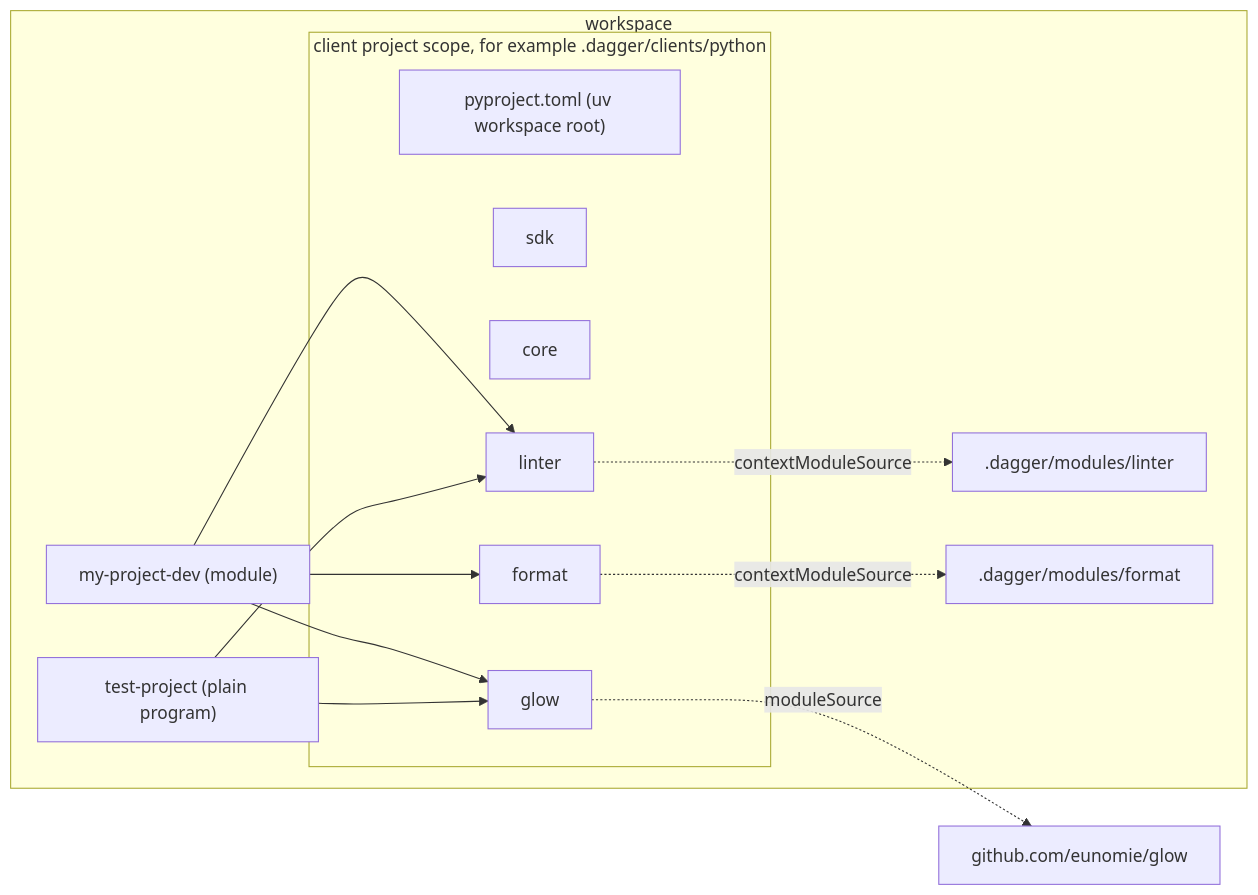
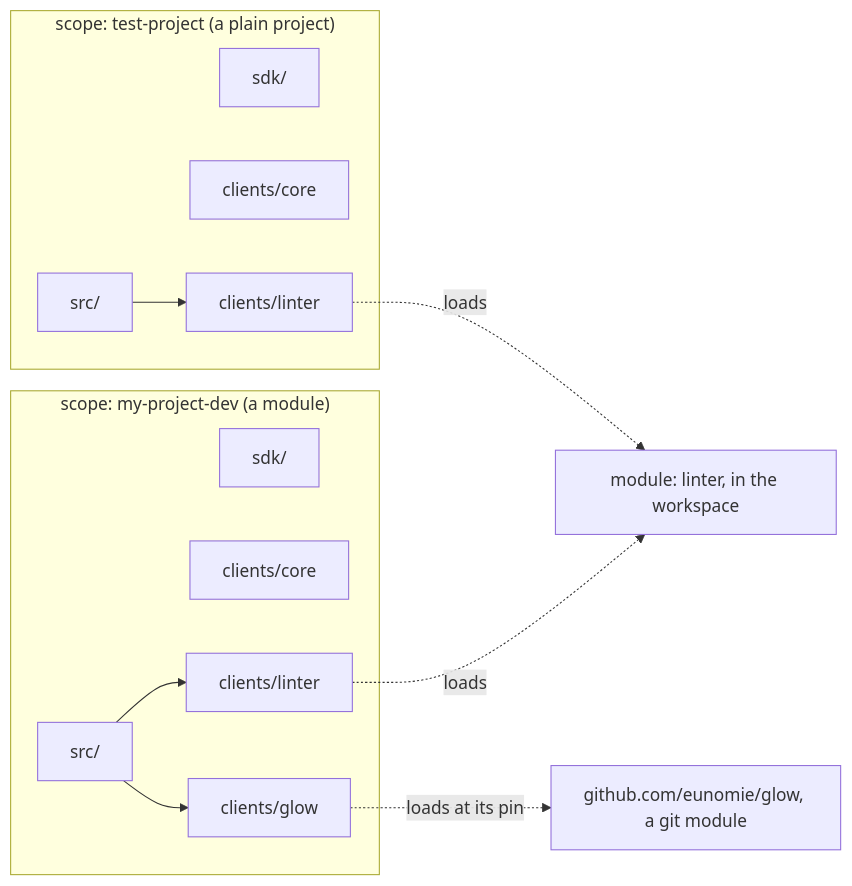
The second of 2 diagrams in hack/designs/2026-09-15-unified-clients.md (dagger/python-sdk), drawn with Mermaid before and after one commit. The commit also changed other lines of this file, not shown here.

First line of the commit message:
hack/designs: unified clients revision 7

````diff
--- a/hack/designs/2026-09-15-unified-clients.md
+++ b/hack/designs/2026-09-15-unified-clients.md
@@ -149,26 +199,24 @@
 ```mermaid
 graph LR
-  subgraph WS["workspace"]
-    MOD["my-project-dev (module)"]
-    TP["test-project (plain program)"]
-    subgraph SC["client project scope, for example .dagger/clients/python"]
-      ROOT["pyproject.toml (uv workspace root)"]
-      SDK["sdk"]
-      CORE["core"]
-      L["linter"]
-      F["format"]
-      G["glow"]
-    end
-    LM[".dagger/modules/linter"]
-    FM[".dagger/modules/format"]
+  subgraph MOD["scope: my-project-dev (a module)"]
+    MSRC["src/"]
+    MSDK["sdk/"]
+    MCORE["clients/core"]
+    ML["clients/linter"]
+    MG["clients/glow"]
   end
-  GLOW["github.com/eunomie/glow"]
-  MOD --> L
-  MOD --> F
-  MOD --> G
-  TP --> L
-  TP --> G
-  L -. contextModuleSource .-> LM
-  F -. contextModuleSource .-> FM
-  G -. moduleSource .-> GLOW
+  subgraph TP["scope: test-project (a plain project)"]
+    TSRC["src/"]
+    TSDK["sdk/"]
+    TCORE["clients/core"]
+    TL["clients/linter"]
+  end
+  LM["module: linter, in the workspace"]
+  GLOW["github.com/eunomie/glow, a git module"]
+  MSRC --> ML
+  MSRC --> MG
+  TSRC --> TL
+  ML -. loads .-> LM
+  TL -. loads .-> LM
+  MG -. loads at its pin .-> GLOW
 ```
````
